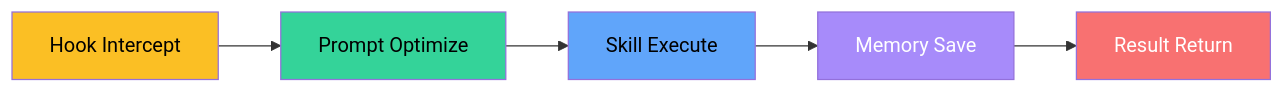
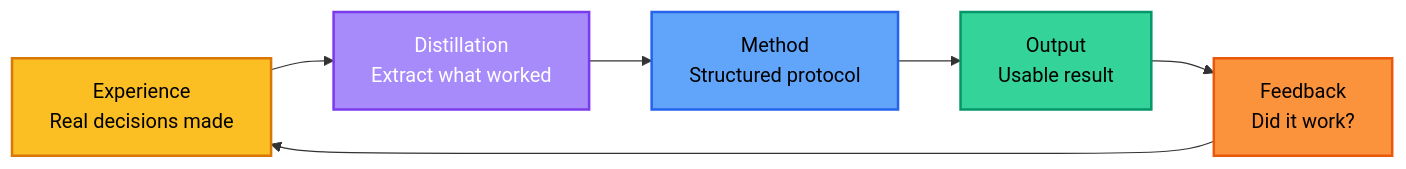
The third of 3 diagrams in README.md (KimYx0207/Kim_Decision), drawn with Mermaid before and after one commit. The commit also changed other lines of this file and 6 other files, not shown here.

````diff
--- a/README.md
+++ b/README.md
@@ -85,13 +288,14 @@
 ```mermaid
 flowchart LR
-    H[Hook Intercept] --> P[Prompt Optimize]
-    P --> S[Skill Execute]
-    S --> M[Memory Save]
-    M --> R[Result Return]
+    EXP["Experience<br/>Real decisions made"] --> DIST["Distillation<br/>Extract what worked"]
+    DIST --> METHOD["Method<br/>Structured protocol"]
+    METHOD --> OUTPUT["Output<br/>Usable result"]
+    OUTPUT --> FEEDBACK["Feedback<br/>Did it work?"]
+    FEEDBACK --> EXP
 
-    style H fill:#fbbf24,color:#000
-    style P fill:#34d399,color:#000
-    style S fill:#60a5fa,color:#000
-    style M fill:#a78bfa,color:#fff
-    style R fill:#f87171,color:#fff
+    style EXP fill:#fbbf24,stroke:#d97706,color:#000,stroke-width:2px
+    style DIST fill:#a78bfa,stroke:#7c3aed,color:#fff,stroke-width:2px
+    style METHOD fill:#60a5fa,stroke:#2563eb,color:#000,stroke-width:2px
+    style OUTPUT fill:#34d399,stroke:#059669,color:#000,stroke-width:2px
+    style FEEDBACK fill:#fb923c,stroke:#ea580c,color:#000,stroke-width:2px
 ```
````
